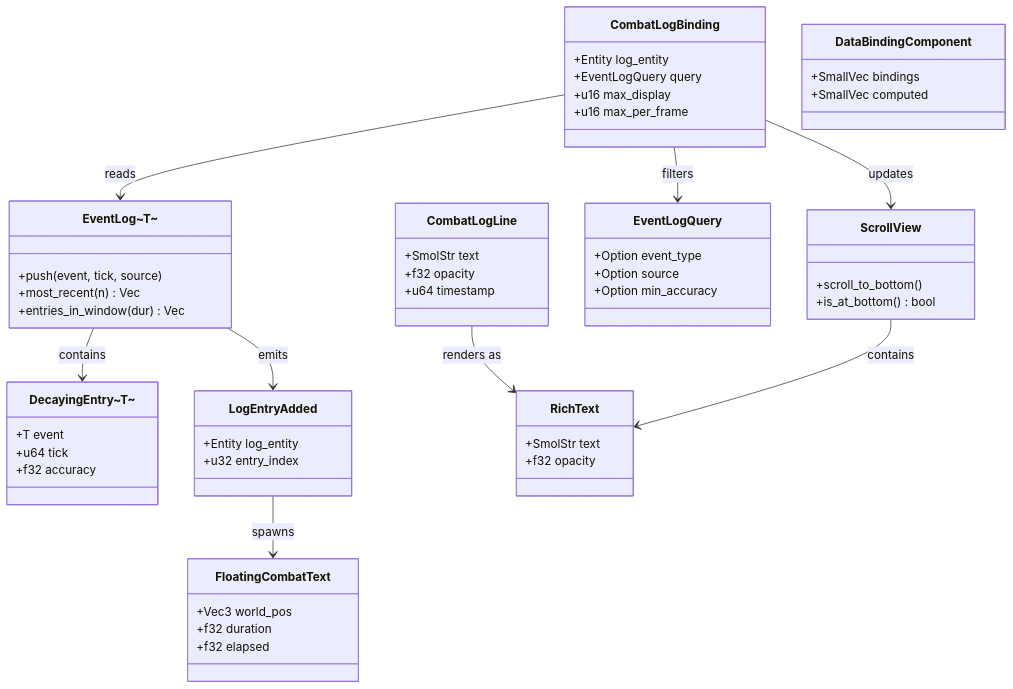
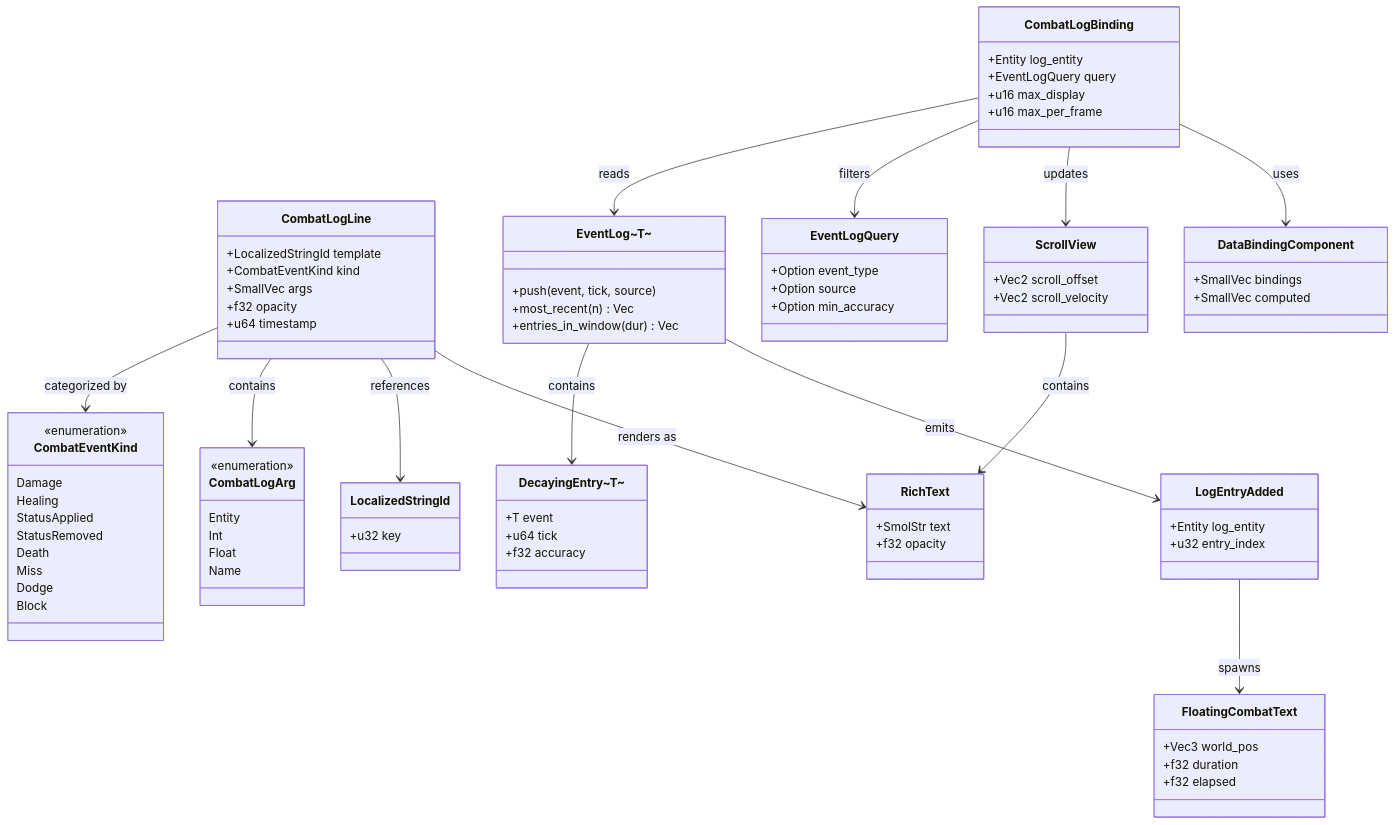
One commit to harmonius-dev/harmonius changed the first of 2 diagrams in docs/design/integration/event-logs-ui.md. Above: the diagram before and after it, drawn with Mermaid. The commit also changed other lines of this file and 109 other files, not shown here.

```diff
--- a/docs/design/integration/event-logs-ui.md
+++ b/docs/design/integration/event-logs-ui.md
@@ -158,9 +242,29 @@
         +u16 max_per_frame
     }
     class CombatLogLine {
-        +SmolStr text
+        +LocalizedStringId template
+        +CombatEventKind kind
+        +SmallVec args
         +f32 opacity
         +u64 timestamp
+    }
+    class CombatLogArg {
+        <<enumeration>>
+        Entity
+        Int
+        Float
+        Name
+    }
+    class CombatEventKind {
+        <<enumeration>>
+        Damage
+        Healing
+        StatusApplied
+        StatusRemoved
+        Death
+        Miss
+        Dodge
+        Block
     }
     class EventLogT["EventLog~T~"] {
         +push(event, tick, source)
@@ -182,8 +286,8 @@
         +Option min_accuracy
     }
     class ScrollView {
-        +scroll_to_bottom()
-        +is_at_bottom() bool
+        +Vec2 scroll_offset
+        +Vec2 scroll_velocity
     }
     class RichText {
         +SmolStr text
@@ -198,12 +302,19 @@
         +SmallVec bindings
         +SmallVec computed
     }
+    class LocalizedStringId {
+        +u32 key
+    }
 
     CombatLogBinding --> EventLogT : reads
     CombatLogBinding --> EventLogQuery : filters
     CombatLogBinding --> ScrollView : updates
+    CombatLogBinding --> DataBindingComponent : uses
     EventLogT --> DecayingEntryT : contains
     EventLogT --> LogEntryAdded : emits
+    CombatLogLine --> CombatEventKind : categorized by
+    CombatLogLine --> CombatLogArg : contains
+    CombatLogLine --> LocalizedStringId : references
     CombatLogLine --> RichText : renders as
     LogEntryAdded --> FloatingCombatText : spawns
     ScrollView --> RichText : contains
```
